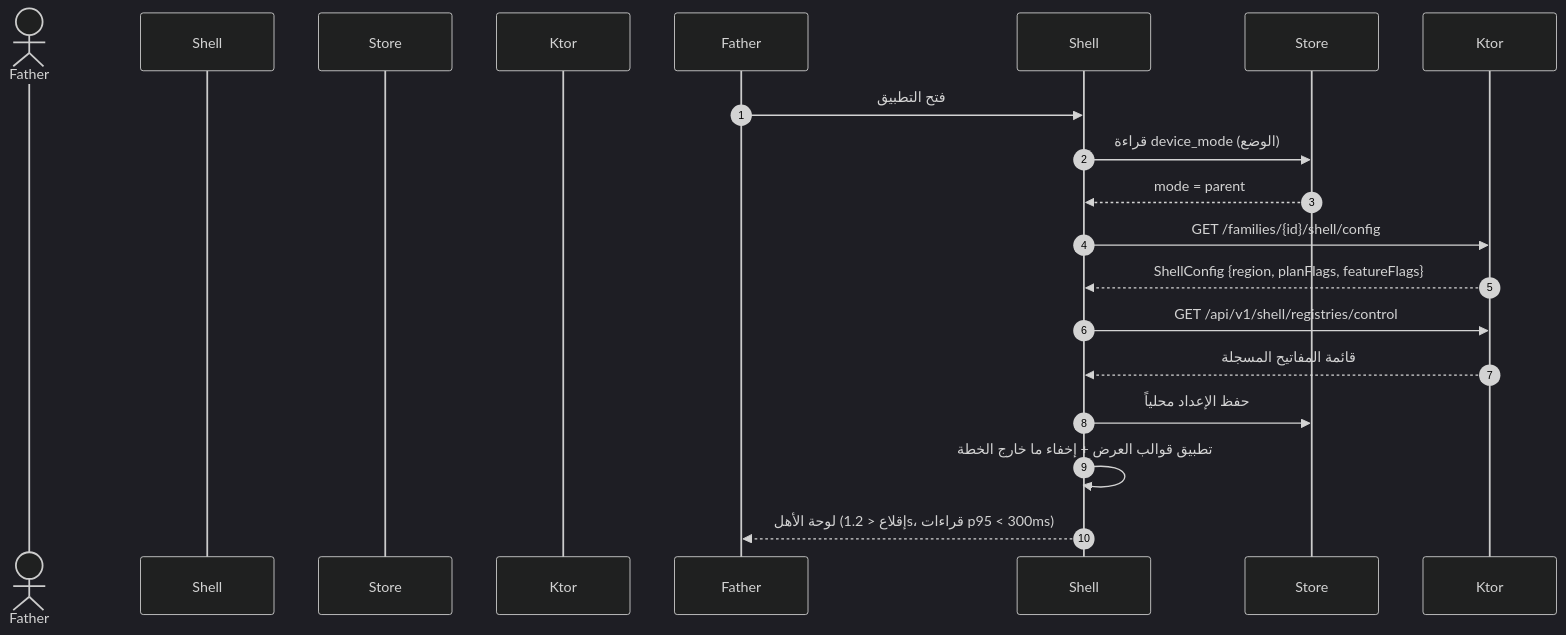
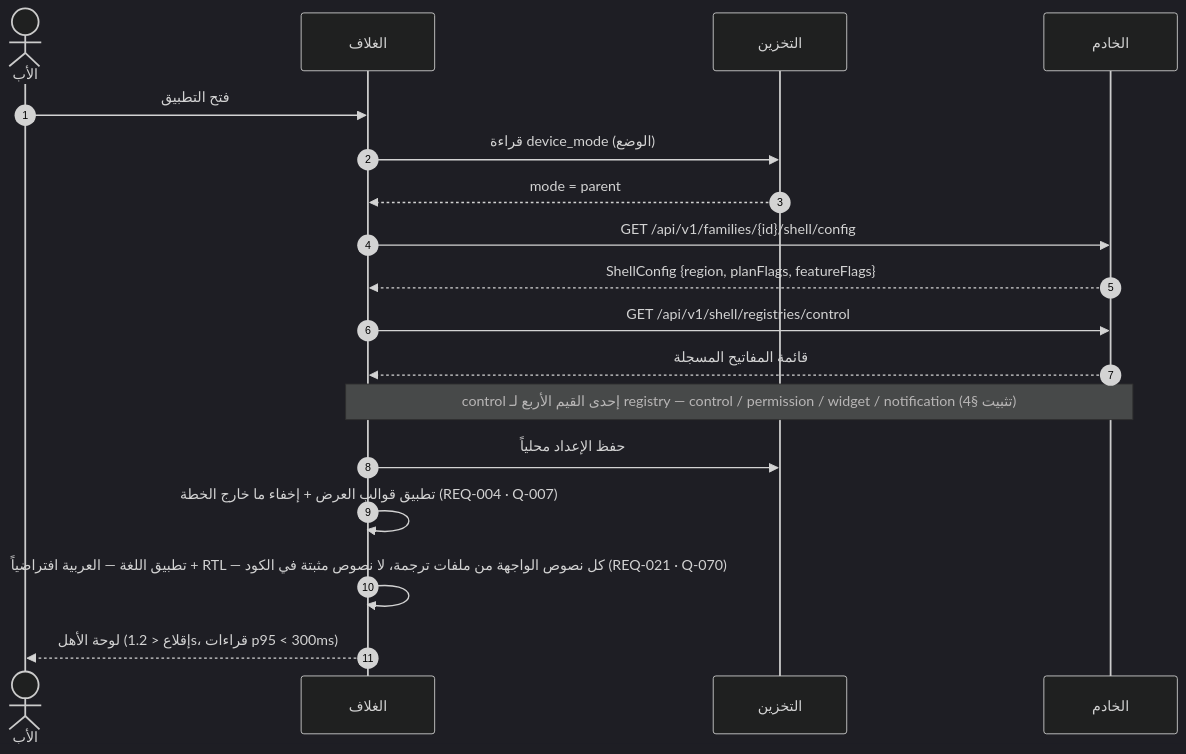
One commit to Bassam-mohammed-alqaeadi/family-os-v2 changed the third of 13 diagrams in docs/family-os/governance/phases/phase-1/S1-01-app-shell-and-platform/DIAGRAMS.md. Above: the diagram before and after it, drawn with Mermaid (dark theme). The commit also changed other lines of this file and 10 other files, not shown here.

Commit message:
إغلاق المراجعة الشاملة R1–R5 (Q-196…Q-231) — المخططات DIAGRAMS + خريطة السياق (2/4)

````diff
--- a/docs/family-os/governance/phases/phase-1/S1-01-app-shell-and-platform/DIAGRAMS.md
+++ b/docs/family-os/governance/phases/phase-1/S1-01-app-shell-and-platform/DIAGRAMS.md
@@ -145,18 +149,20 @@
 ```mermaid
 sequenceDiagram
     autonumber
-    actor الأب as Father
-    participant الغلاف as Shell
-    participant التخزين as Store
-    participant الخادم as Ktor
+    actor Father as الأب
+    participant Shell as الغلاف
+    participant Store as التخزين
+    participant Ktor as الخادم
     Father->>Shell: فتح التطبيق
     Shell->>Store: قراءة device_mode (الوضع)
     Store-->>Shell: mode = parent
-    Shell->>Ktor: GET /families/{id}/shell/config
+    Shell->>Ktor: GET /api/v1/families/{id}/shell/config
     Ktor-->>Shell: ShellConfig {region, planFlags, featureFlags}
     Shell->>Ktor: GET /api/v1/shell/registries/control
     Ktor-->>Shell: قائمة المفاتيح المسجلة
+    Note over Shell,Ktor: control إحدى القيم الأربع لـ registry — control / permission / widget / notification (تثبيت §4)
     Shell->>Store: حفظ الإعداد محلياً
-    Shell->>Shell: تطبيق قوالب العرض + إخفاء ما خارج الخطة
+    Shell->>Shell: تطبيق قوالب العرض + إخفاء ما خارج الخطة (REQ-004 · Q-007)
+    Shell->>Shell: تطبيق اللغة — العربية افتراضياً + RTL — كل نصوص الواجهة من ملفات ترجمة، لا نصوص مثبتة في الكود (REQ-021 · Q-070)
     Shell-->>Father: لوحة الأهل (إقلاع < 1.2s، قراءات p95 < 300ms)
 ```
````
